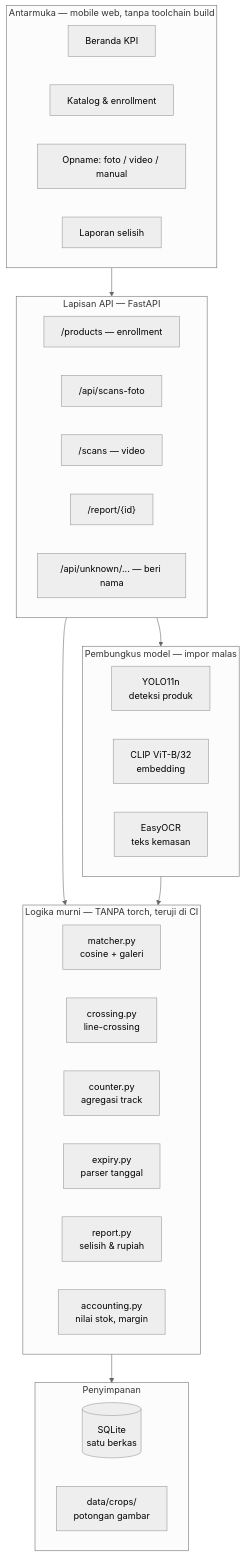
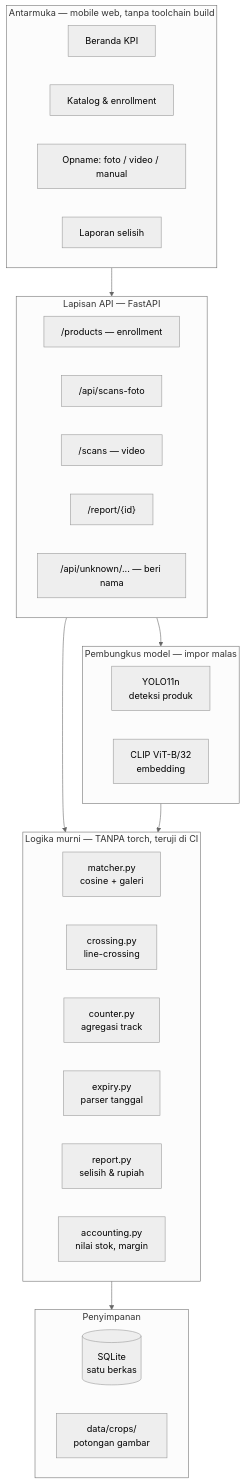
One commit to marshal-rizky/Stocklens changed the first of 11 diagrams in docs/proposal/DRAFT-PROPOSAL.md. Above: the diagram before and after it, drawn with Mermaid (neutral theme). The commit also changed other lines of this file and 6 other files, not shown here.

````diff
--- a/docs/proposal/DRAFT-PROPOSAL.md
+++ b/docs/proposal/DRAFT-PROPOSAL.md
@@ -112,43 +114,42 @@
 ```mermaid
 flowchart TB
     subgraph UI["Antarmuka — mobile web, tanpa toolchain build"]
         A1["Beranda KPI"]
         A2["Katalog & enrollment"]
         A3["Opname: foto / video / manual"]
         A4["Laporan selisih"]
     end
 
     subgraph API["Lapisan API — FastAPI"]
         B1["/products — enrollment"]
         B2["/api/scans-foto"]
         B3["/scans — video"]
         B4["/report/{id}"]
         B5["/api/unknown/... — beri nama"]
     end
 
     subgraph CORE["Logika murni — TANPA torch, teruji di CI"]
         C1["matcher.py<br/>cosine + galeri"]
         C2["crossing.py<br/>line-crossing"]
         C3["counter.py<br/>agregasi track"]
         C4["expiry.py<br/>parser tanggal"]
         C5["report.py<br/>selisih & rupiah"]
         C6["accounting.py<br/>nilai stok, margin"]
     end
 
     subgraph HEAVY["Pembungkus model — impor malas"]
         D1["YOLO11n<br/>deteksi produk"]
         D2["CLIP ViT-B/32<br/>embedding"]
-        D3["EasyOCR<br/>teks kemasan"]
     end
 
     subgraph DATA["Penyimpanan"]
         E1[("SQLite<br/>satu berkas")]
         E2["data/crops/<br/>potongan gambar"]
     end
 
     UI --> API
     API --> CORE
     API --> HEAVY
     CORE --> DATA
     HEAVY --> CORE
 ```
````
